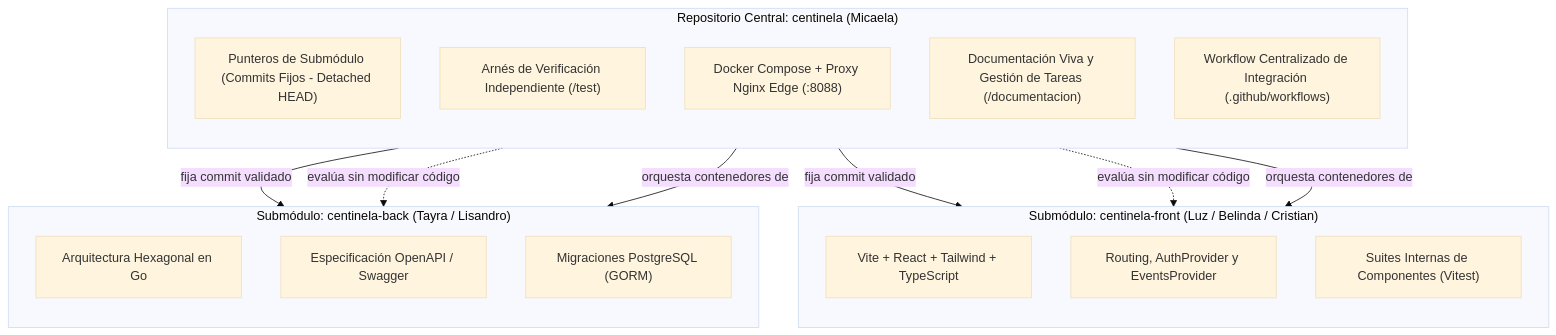
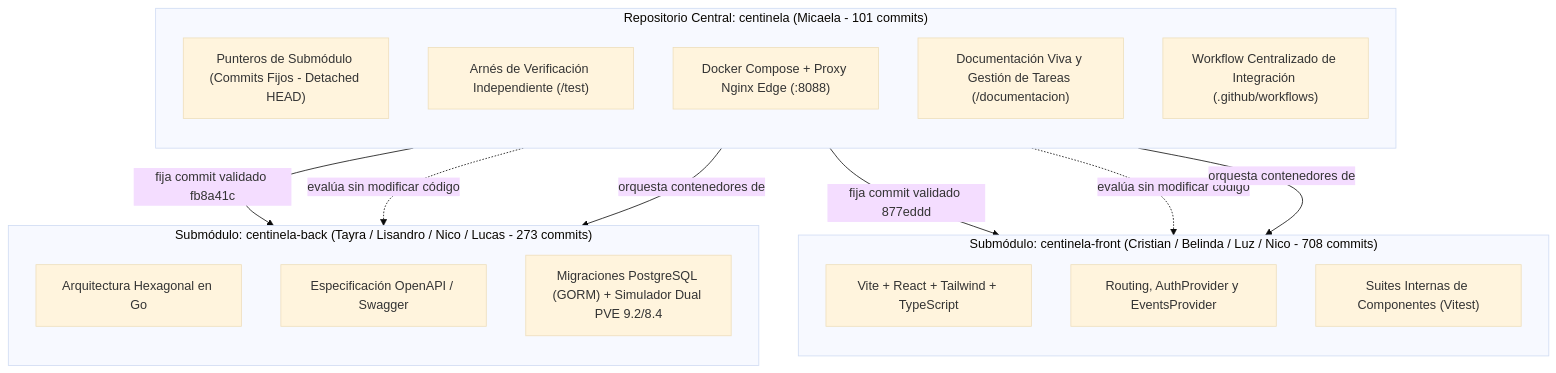
The first of 2 diagrams in documentacion/defensaarticulo/01_estructura_repo_readme_submodulos.md (micaelaalvaradomendez/centinela), drawn with Mermaid (base theme) before and after one commit. The commit also changed other lines of this file and 31 other files, not shown here.

````diff
--- a/documentacion/defensaarticulo/01_estructura_repo_readme_submodulos.md
+++ b/documentacion/defensaarticulo/01_estructura_repo_readme_submodulos.md
@@ -15,32 +15,32 @@
 ```mermaid
 graph TD
-    subgraph ORQUESTADOR ["Repositorio Central: centinela (Micaela)"]
+    subgraph ORQUESTADOR ["Repositorio Central: centinela (Micaela - 101 commits)"]
         direction TB
         POINTERS["Punteros de Submódulo (Commits Fijos - Detached HEAD)"]
         TEST_SUITE["Arnés de Verificación Independiente (/test)"]
         DOCKER["Docker Compose + Proxy Nginx Edge (:8088)"]
         DOCS["Documentación Viva y Gestión de Tareas (/documentacion)"]
         CI["Workflow Centralizado de Integración (.github/workflows)"]
     end
 
-    subgraph BACKEND_REPO ["Submódulo: centinela-back (Tayra / Lisandro)"]
+    subgraph BACKEND_REPO ["Submódulo: centinela-back (Tayra / Lisandro / Nico / Lucas - 273 commits)"]
         direction TB
         GO_CORE["Arquitectura Hexagonal en Go"]
         SWAGGER["Especificación OpenAPI / Swagger"]
-        MIGRATIONS["Migraciones PostgreSQL (GORM)"]
+        MIGRATIONS["Migraciones PostgreSQL (GORM) + Simulador Dual PVE 9.2/8.4"]
     end
 
-    subgraph FRONTEND_REPO ["Submódulo: centinela-front (Luz / Belinda / Cristian)"]
+    subgraph FRONTEND_REPO ["Submódulo: centinela-front (Cristian / Belinda / Luz / Nico - 708 commits)"]
         direction TB
         VITE_APP["Vite + React + Tailwind + TypeScript"]
         REACT_ROUTER["Routing, AuthProvider y EventsProvider"]
         UI_TESTS["Suites Internas de Componentes (Vitest)"]
     end
 
-    POINTERS -->|fija commit validado| BACKEND_REPO
-    POINTERS -->|fija commit validado| FRONTEND_REPO
+    POINTERS -->|fija commit validado fb8a41c| BACKEND_REPO
+    POINTERS -->|fija commit validado 877eddd| FRONTEND_REPO
     TEST_SUITE -.->|evalúa sin modificar código| BACKEND_REPO
     TEST_SUITE -.->|evalúa sin modificar código| FRONTEND_REPO
     DOCKER -->|orquesta contenedores de| BACKEND_REPO
     DOCKER -->|orquesta contenedores de| FRONTEND_REPO
 ```
````
